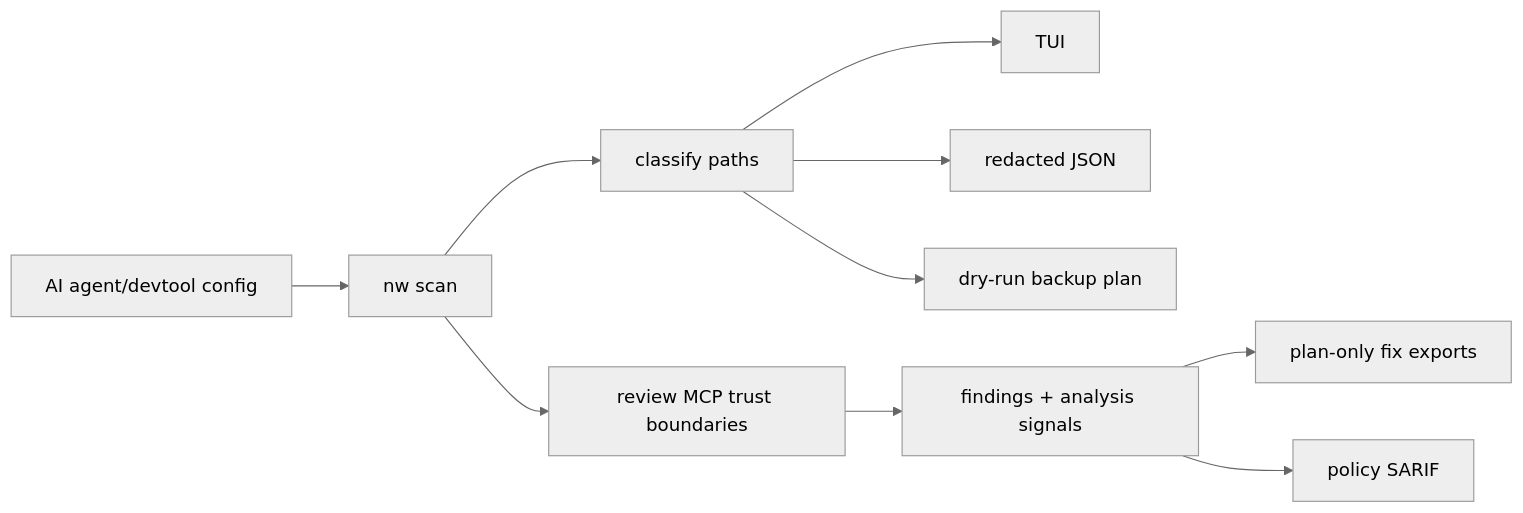
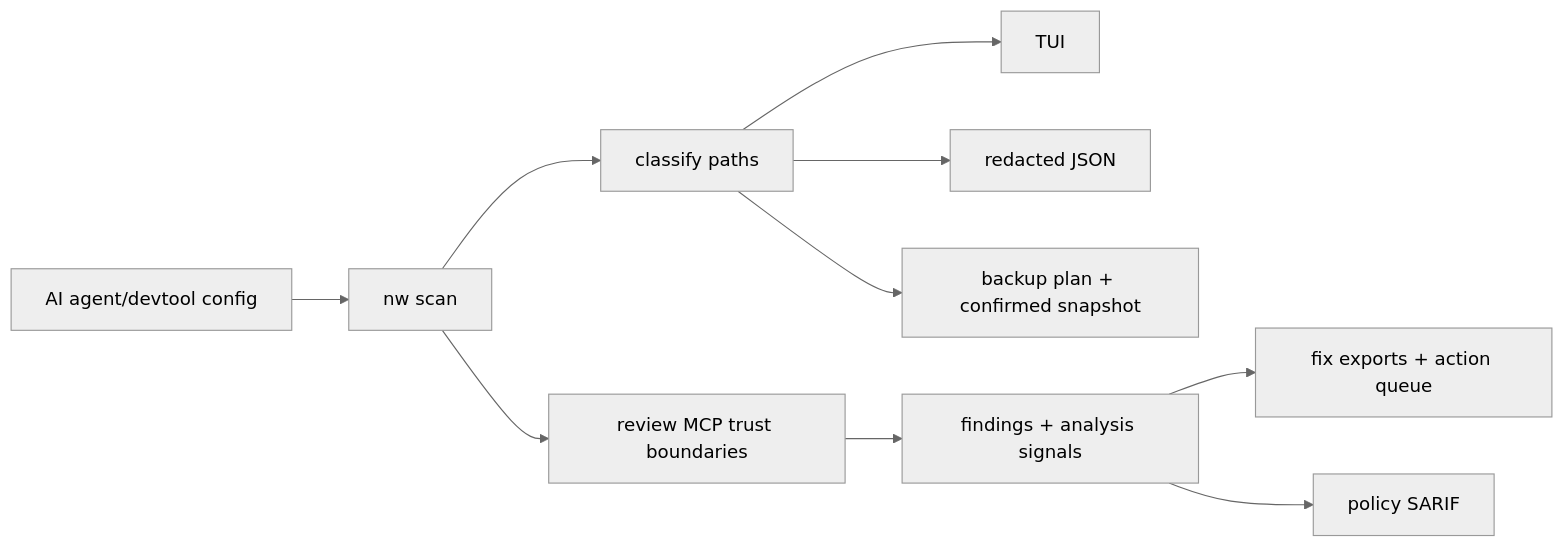
The first of 3 diagrams in README.md (JSONbored/nightward), drawn with Mermaid (neutral theme) before and after one commit. The commit also changed other lines of this file and 93 other files, not shown here.

````diff
--- a/README.md
+++ b/README.md
@@ -48,12 +48,12 @@
 ```mermaid
 flowchart LR
   configs["AI agent/devtool config"] --> scan["nw scan"]
   scan --> classify["classify paths"]
   scan --> mcp["review MCP trust boundaries"]
   classify --> tui["TUI"]
   classify --> json["redacted JSON"]
   mcp --> findings["findings + analysis signals"]
-  findings --> fix["plan-only fix exports"]
+  findings --> fix["fix exports + action queue"]
   findings --> sarif["policy SARIF"]
-  classify --> backup["dry-run backup plan"]
+  classify --> backup["backup plan + confirmed snapshot"]
 ```
````
